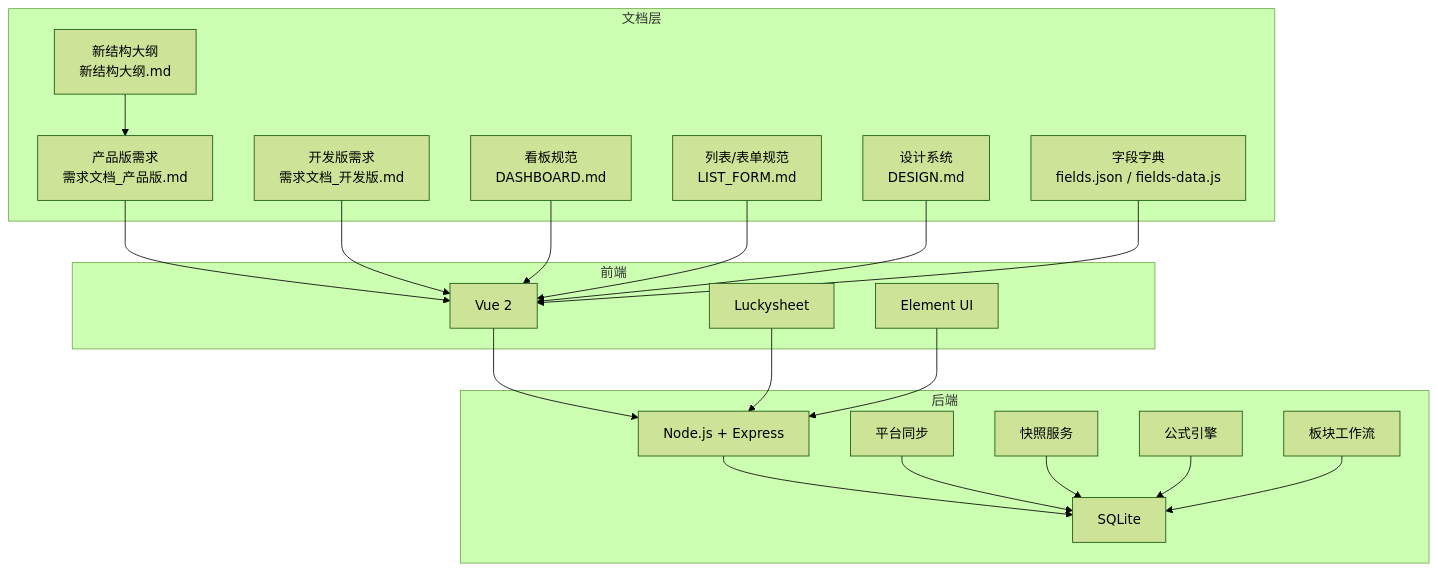
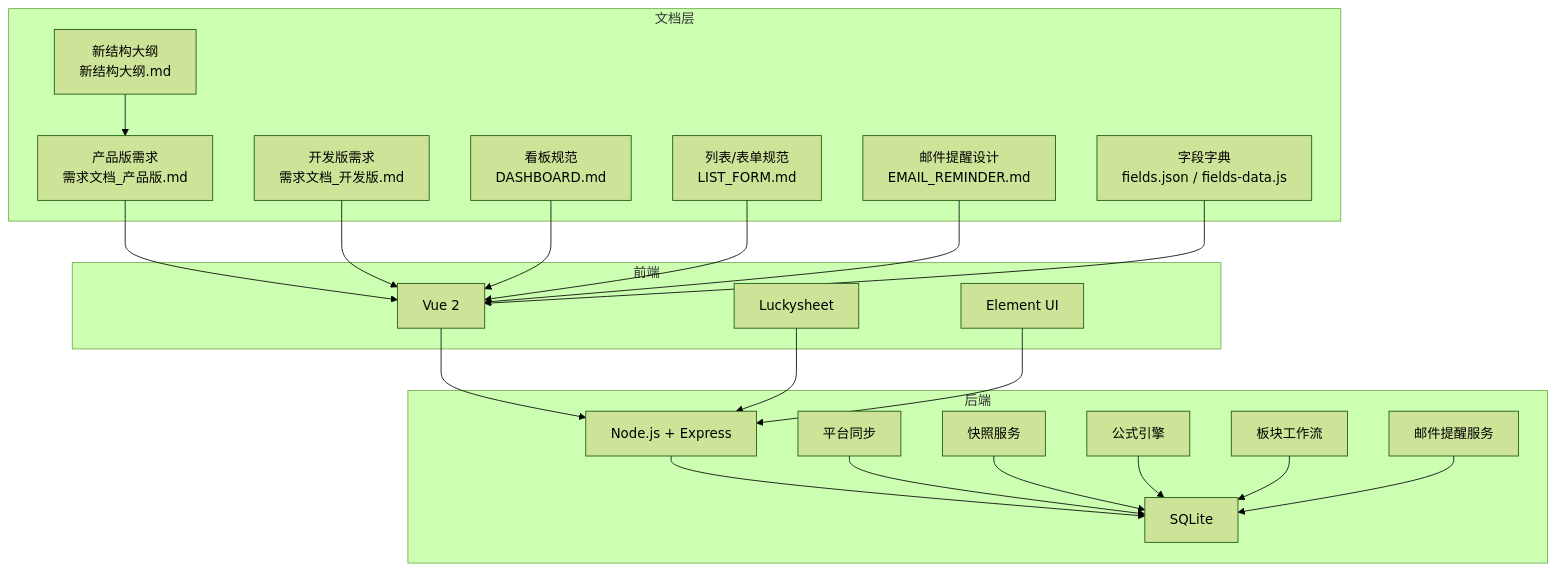
Before and after one commit to marcelxu0272/202605_project-tracking-table: the first of 12 diagrams in .qoder/repowiki/zh/content/需求文档/需求文档.md, drawn with Mermaid (forest theme). The commit also changed other lines of this file and 23 other files, not shown here.

````diff
--- a/.qoder/repowiki/zh/content/需求文档/需求文档.md
+++ b/.qoder/repowiki/zh/content/需求文档/需求文档.md
@@ -40,40 +52,42 @@
 ```mermaid
 graph TB
 subgraph 文档层
 REQ_P["产品版需求<br/>需求文档_产品版.md"]
 REQ_D["开发版需求<br/>需求文档_开发版.md"]
 OUTLINE["新结构大纲<br/>新结构大纲.md"]
 DASH["看板规范<br/>DASHBOARD.md"]
 LISTF["列表/表单规范<br/>LIST_FORM.md"]
-DESIGN["设计系统<br/>DESIGN.md"]
+EMAIL["邮件提醒设计<br/>EMAIL_REMINDER.md"]
 FIELDS["字段字典<br/>fields.json / fields-data.js"]
 end
 subgraph 前端
 VUE["Vue 2"]
 ELEM["Element UI"]
 LUCKY["Luckysheet"]
 end
 subgraph 后端
 NODE["Node.js + Express"]
 SQLITE["SQLite"]
 SYNC["平台同步"]
 SNAP["快照服务"]
 FORM["公式引擎"]
 WF["板块工作流"]
+MAIL["邮件提醒服务"]
 end
 REQ_P --> VUE
 REQ_D --> VUE
 OUTLINE --> REQ_P
 DASH --> VUE
 LISTF --> VUE
-DESIGN --> VUE
+EMAIL --> VUE
 FIELDS --> VUE
 VUE --> NODE
 LUCKY --> NODE
 ELEM --> NODE
 NODE --> SQLITE
 SYNC --> SQLITE
 SNAP --> SQLITE
 FORM --> SQLITE
 WF --> SQLITE
+MAIL --> SQLITE
 ```
````
